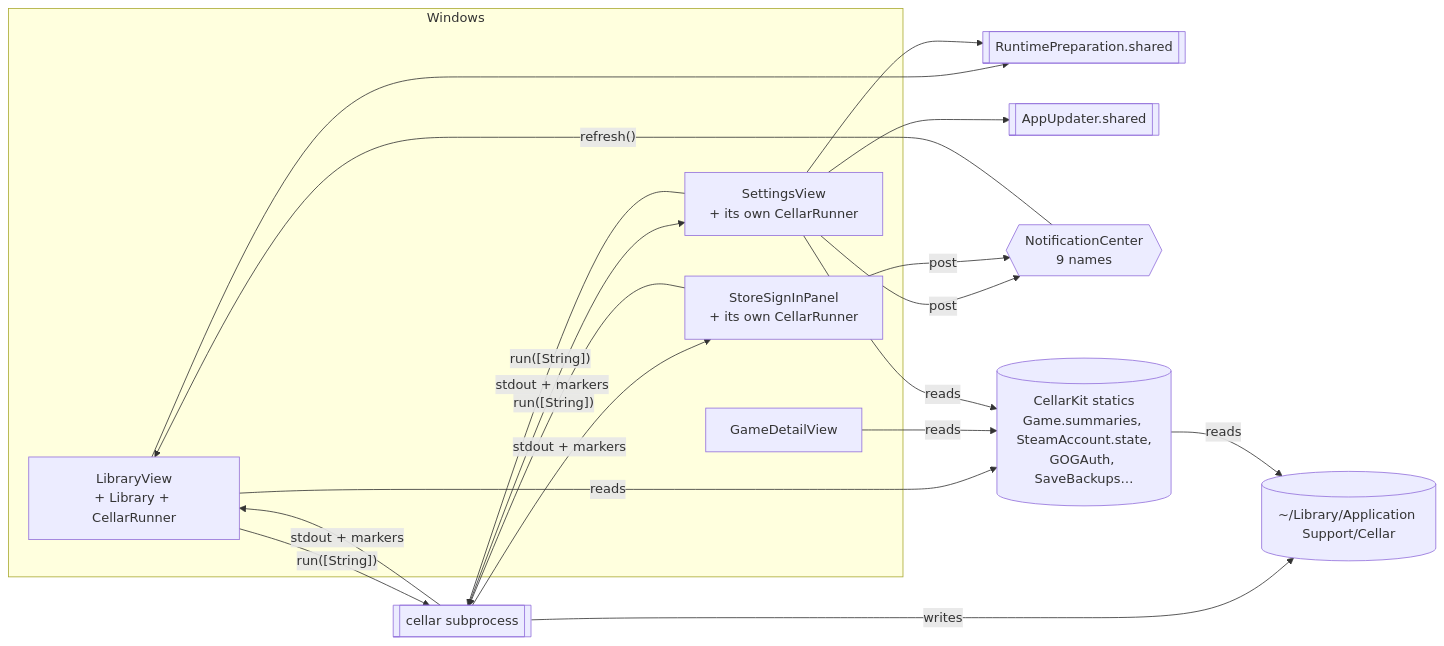
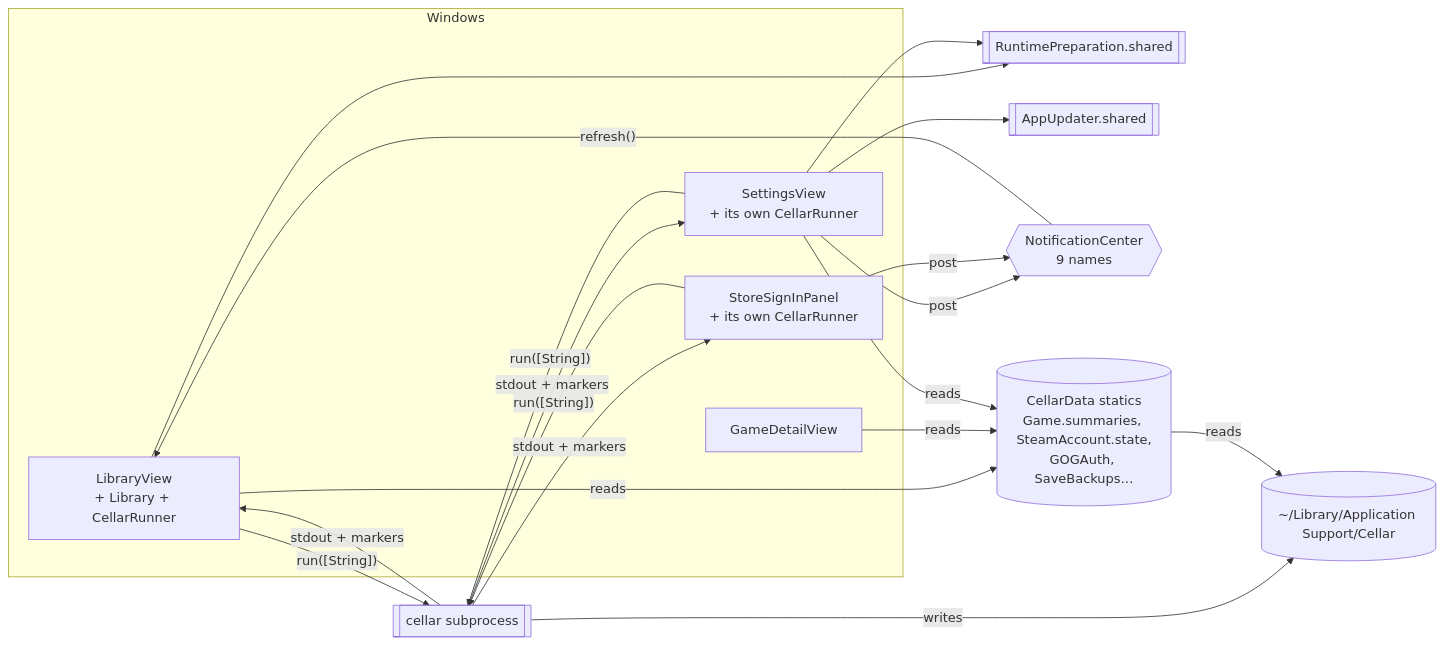
The second of 5 diagrams in docs/APP-ARCHITECTURE.md (Echarnus/Cellar), drawn with Mermaid before and after one commit. The commit also changed other lines of this file and 375 other files, not shown here.

Commit message:
Name the engine package CellarData, the data layer of the target layout

````diff
--- a/docs/APP-ARCHITECTURE.md
+++ b/docs/APP-ARCHITECTURE.md
@@ -105,27 +105,27 @@
 ```mermaid
 flowchart LR
     subgraph Windows
         CV[LibraryView<br/>+ Library + CellarRunner]
         SV[SettingsView<br/>+ its own CellarRunner]
         SP[StoreSignInPanel<br/>+ its own CellarRunner]
         GD[GameDetailView]
     end
     S1[[RuntimePreparation.shared]]
     S2[[AppUpdater.shared]]
     NC{{NotificationCenter<br/>9 names}}
-    Kit[(CellarKit statics<br/>Game.summaries, SteamAccount.state,<br/>GOGAuth, SaveBackups…)]
+    Kit[(CellarData statics<br/>Game.summaries, SteamAccount.state,<br/>GOGAuth, SaveBackups…)]
     CLI[[cellar subprocess]]
     Disk[(~/Library/Application Support/Cellar)]
 
     CV -- reads --> Kit
     GD -- reads --> Kit
     SV -- reads --> Kit
     CV & SV & SP -- "run([String])" --> CLI
     CLI -- writes --> Disk
     Kit -- reads --> Disk
     CLI -- "stdout + markers" --> CV & SV & SP
     SV & SP -- post --> NC
     NC -- "refresh()" --> CV
     CV & SV --> S1
     SV --> S2
 ```
````
